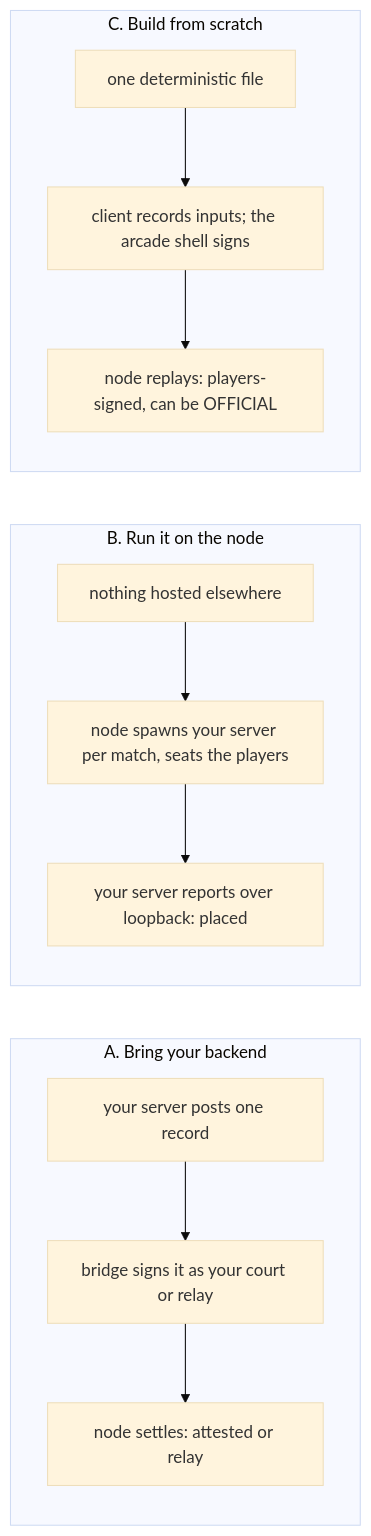
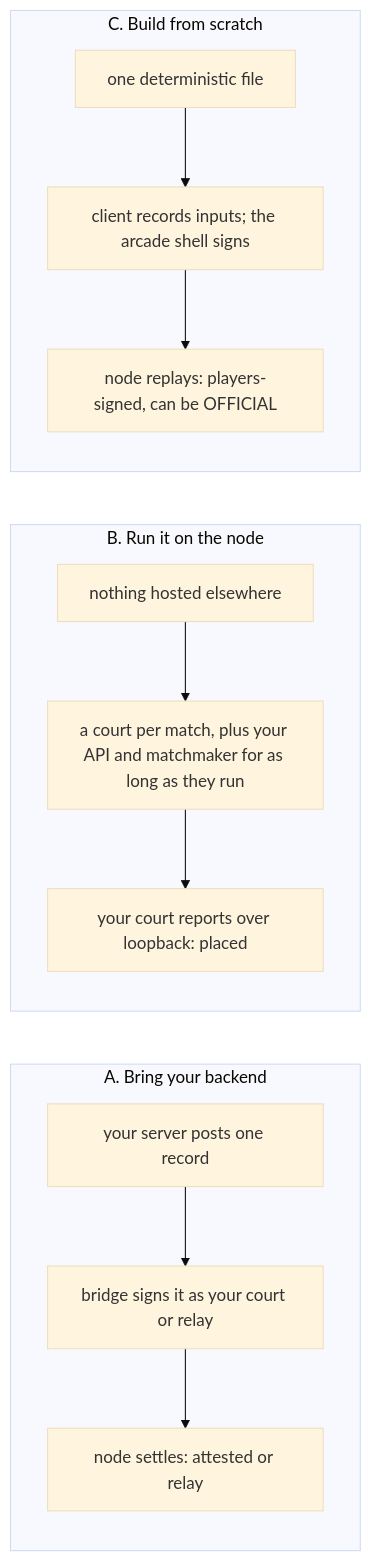
Before and after one commit to strodanodev/litnode: the second of 4 diagrams in docs/SDK.md, drawn with Mermaid (base theme). The commit also changed other lines of this file and 12 other files, not shown here.

````diff
--- a/docs/SDK.md
+++ b/docs/SDK.md
@@ -57,12 +71,12 @@
 ```mermaid
 flowchart LR
   subgraph A[A. Bring your backend]
     A1[your server posts one record] --> A2[bridge signs it as your court or relay] --> A3[node settles: attested or relay]
   end
   subgraph B[B. Run it on the node]
-    B1[nothing hosted elsewhere] --> B2[node spawns your server per match, seats the players] --> B3[your server reports over loopback: placed]
+    B1[nothing hosted elsewhere] --> B2[a court per match, plus your API and matchmaker for as long as they run] --> B3[your court reports over loopback: placed]
   end
   subgraph C[C. Build from scratch]
     C1[one deterministic file] --> C2[client records inputs; the arcade shell signs] --> C3[node replays: players-signed, can be OFFICIAL]
   end
 ```
````
